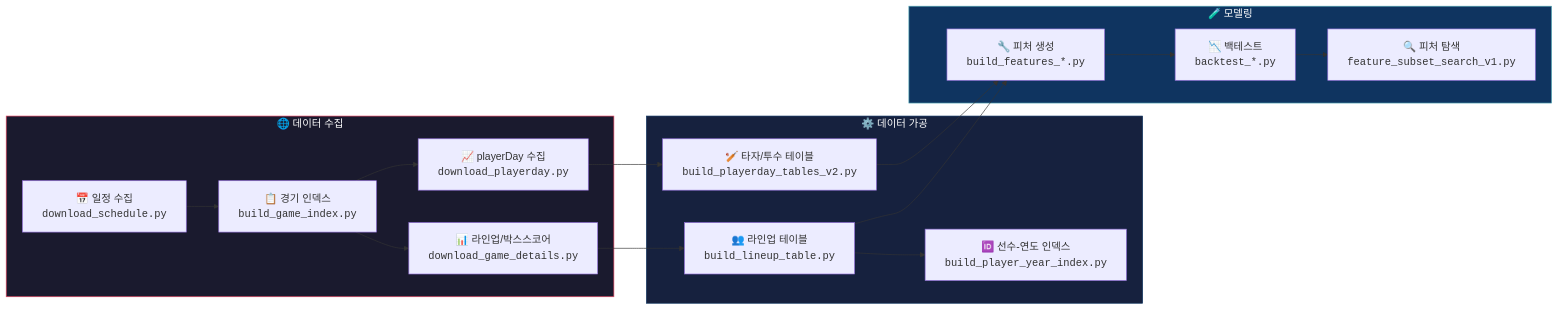
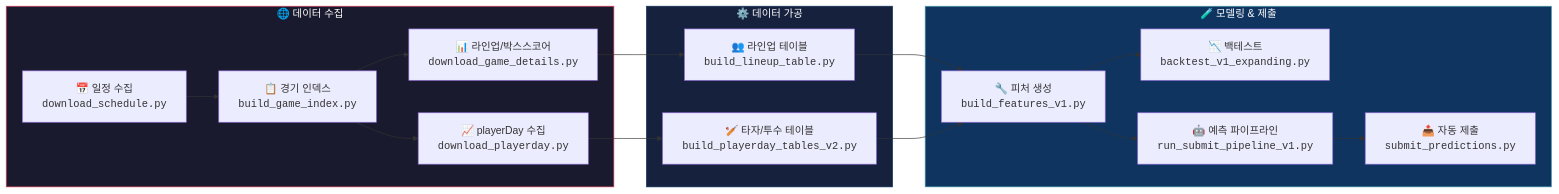
The first of 2 diagrams in README.md (STATIZ-KBO2026/kbo-2026-prediction), drawn with Mermaid before and after one commit. The commit also changed other lines of this file and 24 other files, not shown here.

````diff
--- a/README.md
+++ b/README.md
@@ -54,24 +52,24 @@
 ```mermaid
 flowchart LR
     subgraph 수집["🌐 데이터 수집"]
         A["📅 일정 수집<br><code>download_schedule.py</code>"] --> B["📋 경기 인덱스<br><code>build_game_index.py</code>"]
         B --> C["📊 라인업/박스스코어<br><code>download_game_details.py</code>"]
         B --> F["📈 playerDay 수집<br><code>download_playerday.py</code>"]
     end
 
     subgraph 가공["⚙️ 데이터 가공"]
         C --> D["👥 라인업 테이블<br><code>build_lineup_table.py</code>"]
-        D --> E["🆔 선수-연도 인덱스<br><code>build_player_year_index.py</code>"]
         F --> G["🏏 타자/투수 테이블<br><code>build_playerday_tables_v2.py</code>"]
     end
 
-    subgraph 실험["🧪 모델링"]
-        D & G --> H["🔧 피처 생성<br><code>build_features_*.py</code>"]
-        H --> I["📉 백테스트<br><code>backtest_*.py</code>"]
-        I --> J["🔍 피처 탐색<br><code>feature_subset_search_v1.py</code>"]
+    subgraph 실험["🧪 모델링 & 제출"]
+        D & G --> H["🔧 피처 생성<br><code>build_features_v1.py</code>"]
+        H --> I["📉 백테스트<br><code>backtest_v1_expanding.py</code>"]
+        H --> J["🤖 예측 파이프라인<br><code>run_submit_pipeline_v1.py</code>"]
+        J --> K["📤 자동 제출<br><code>submit_predictions.py</code>"]
     end
 
     style 수집 fill:#1a1a2e,stroke:#e94560,color:#fff
     style 가공 fill:#16213e,stroke:#0f3460,color:#fff
     style 실험 fill:#0f3460,stroke:#53a8b6,color:#fff
 ```
````
